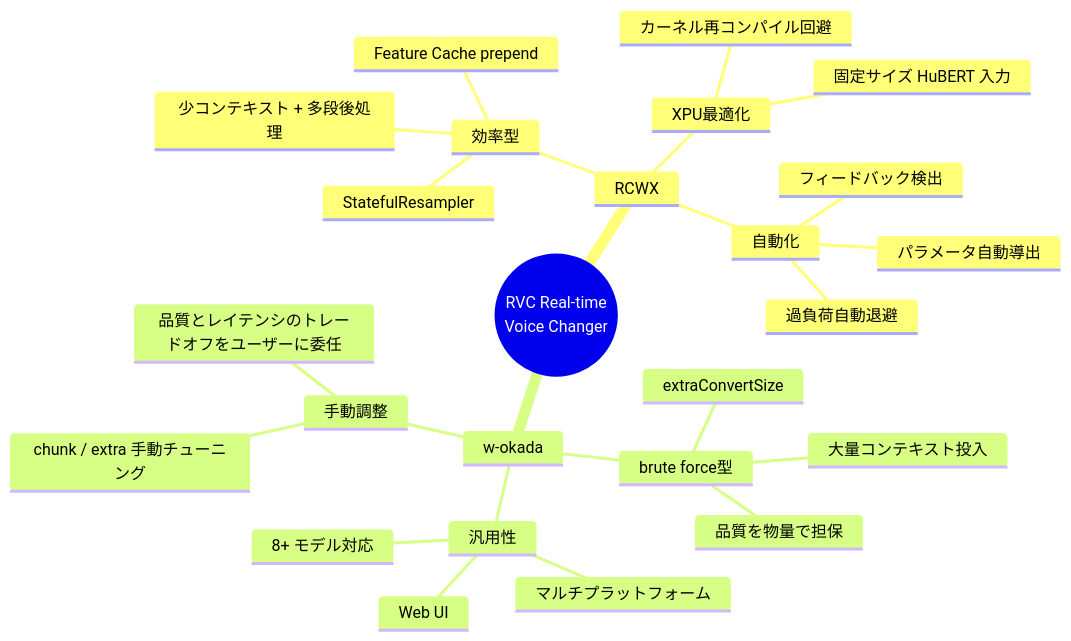
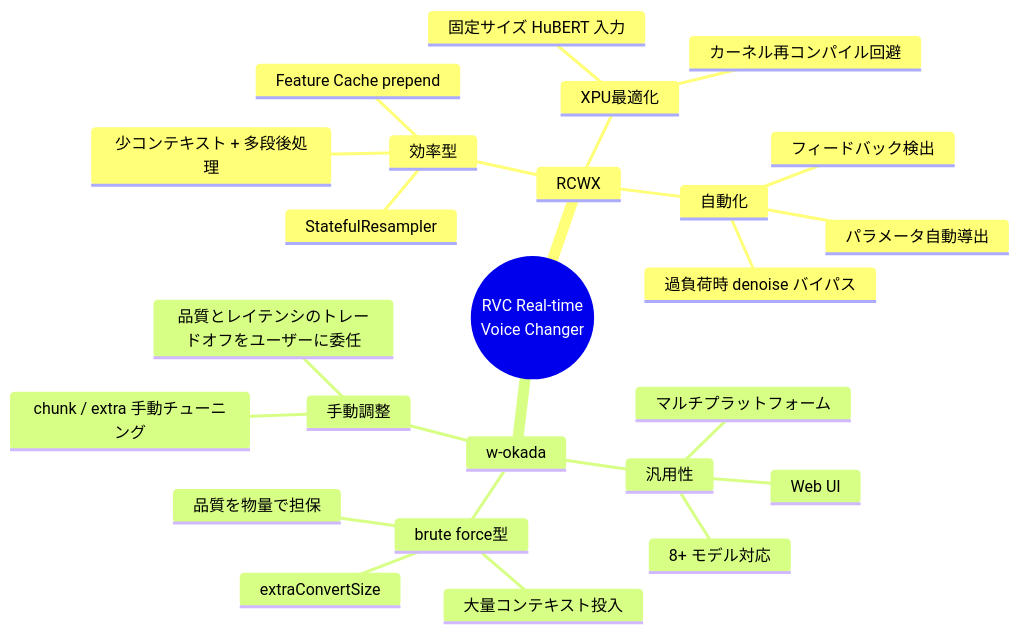
Diagram 16 of 16 in docs/pipeline-comparison-wokada.md (kjranyone/RCWX), drawn with Mermaid before and after one commit. The commit also changed other lines of this file and 14 other files, not shown here.

````diff
--- a/docs/pipeline-comparison-wokada.md
+++ b/docs/pipeline-comparison-wokada.md
@@ -642,28 +642,28 @@
 ```mermaid
 mindmap
     root((RVC Real-time<br/>Voice Changer))
         RCWX
             効率型
                 少コンテキスト + 多段後処理
                 StatefulResampler
                 Feature Cache prepend
             XPU最適化
                 固定サイズ HuBERT 入力
                 カーネル再コンパイル回避
             自動化
                 パラメータ自動導出
-                過負荷自動退避
+                過負荷時 denoise バイパス
                 フィードバック検出
         w-okada
             brute force型
                 大量コンテキスト投入
                 extraConvertSize
                 品質を物量で担保
             汎用性
                 8+ モデル対応
                 Web UI
                 マルチプラットフォーム
             手動調整
                 chunk / extra 手動チューニング
                 品質とレイテンシのトレードオフをユーザーに委任
 ```
````
